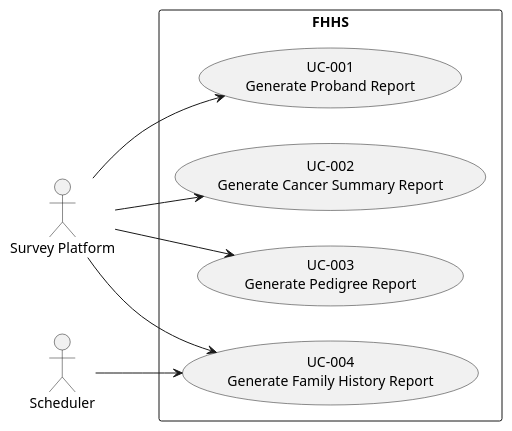
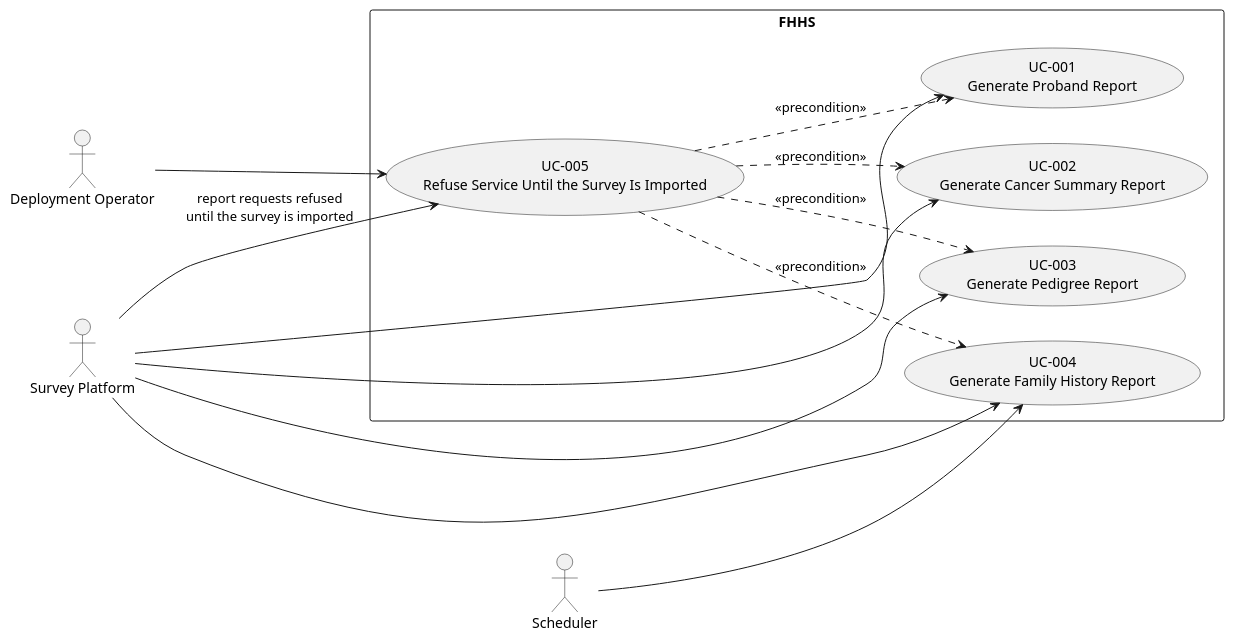
Before and after one commit to ElicitSoftware/FHHS: the diagram in docs/use_cases.puml, drawn with PlantUML. The commit also changed 17 other files, not shown here.

```diff
--- a/docs/use_cases.puml
+++ b/docs/use_cases.puml
@@ -1,20 +1,28 @@
 @startuml Use Cases Overview
 left to right direction
 
 actor "Survey Platform" as survey
 actor "Scheduler" as scheduler
+actor "Deployment Operator" as operator
 
 rectangle "FHHS" {
     usecase "UC-001\nGenerate Proband Report" as UC001
     usecase "UC-002\nGenerate Cancer Summary Report" as UC002
     usecase "UC-003\nGenerate Pedigree Report" as UC003
     usecase "UC-004\nGenerate Family History Report" as UC004
+    usecase "UC-005\nRefuse Service Until the Survey Is Imported" as UC005
 }
 
 survey --> UC001
 survey --> UC002
 survey --> UC003
 survey --> UC004
 scheduler --> UC004
+operator --> UC005
+survey --> UC005 : report requests refused\nuntil the survey is imported
+UC005 ..> UC001 : <<precondition>>
+UC005 ..> UC002 : <<precondition>>
+UC005 ..> UC003 : <<precondition>>
+UC005 ..> UC004 : <<precondition>>
 
 @enduml
```
